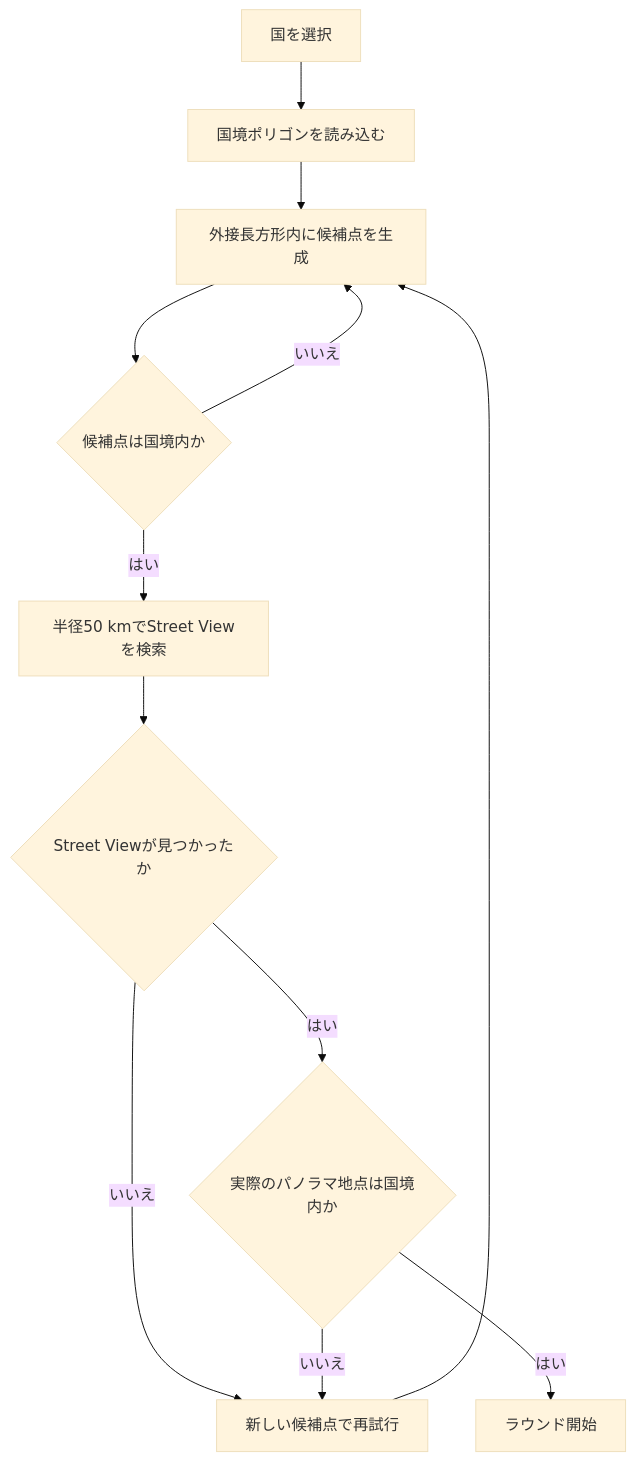
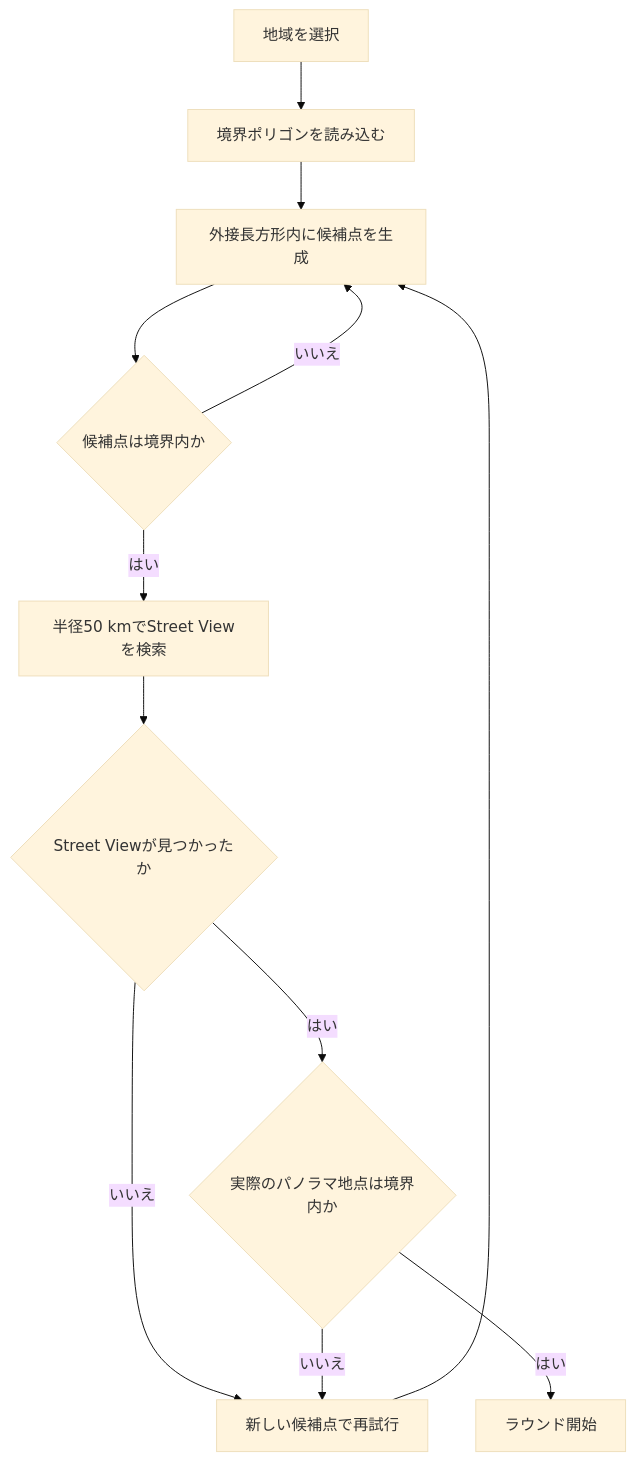
One commit to budoucha/streetguess changed the diagram in docs/area-selection.md. Above: the diagram before and after it, drawn with Mermaid (base theme). The commit also changed other lines of this file and 2 other files, not shown here.

````diff
--- a/docs/area-selection.md
+++ b/docs/area-selection.md
@@ -43,14 +61,14 @@
 ```mermaid
 flowchart TD
-  select["国を選択"] --> geometry["国境ポリゴンを読み込む"]
+  select["地域を選択"] --> geometry["境界ポリゴンを読み込む"]
   geometry --> candidate["外接長方形内に候補点を生成"]
-  candidate --> inCountry{"候補点は国境内か"}
-  inCountry -->|いいえ| candidate
-  inCountry -->|はい| search["半径50 kmでStreet Viewを検索"]
+  candidate --> inRegion{"候補点は境界内か"}
+  inRegion -->|いいえ| candidate
+  inRegion -->|はい| search["半径50 kmでStreet Viewを検索"]
   search --> found{"Street Viewが見つかったか"}
   found -->|いいえ| retry["新しい候補点で再試行"]
-  found -->|はい| returned{"実際のパノラマ地点は国境内か"}
+  found -->|はい| returned{"実際のパノラマ地点は境界内か"}
   returned -->|いいえ| retry
   returned -->|はい| start["ラウンド開始"]
   retry --> candidate
 ```
````
